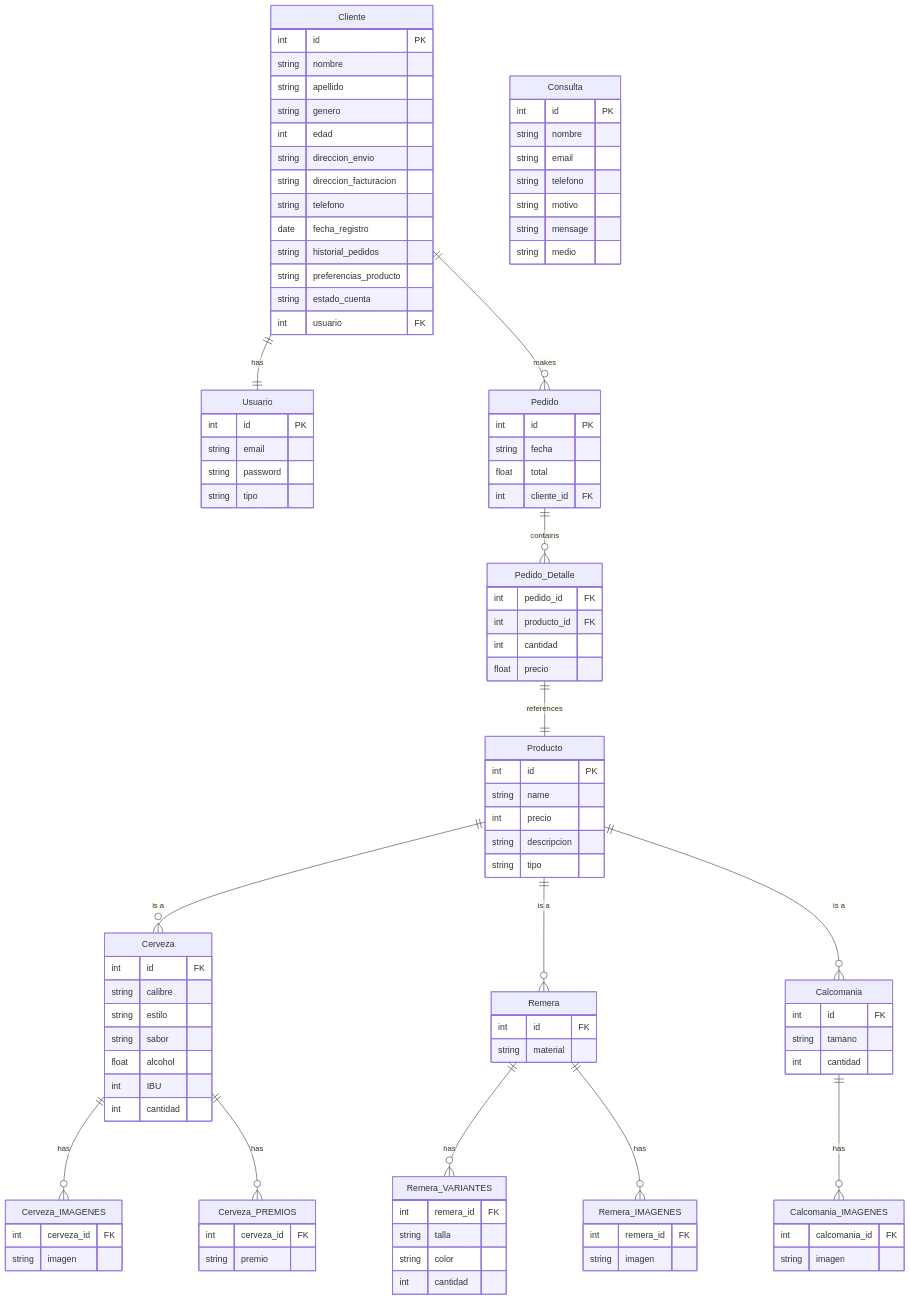
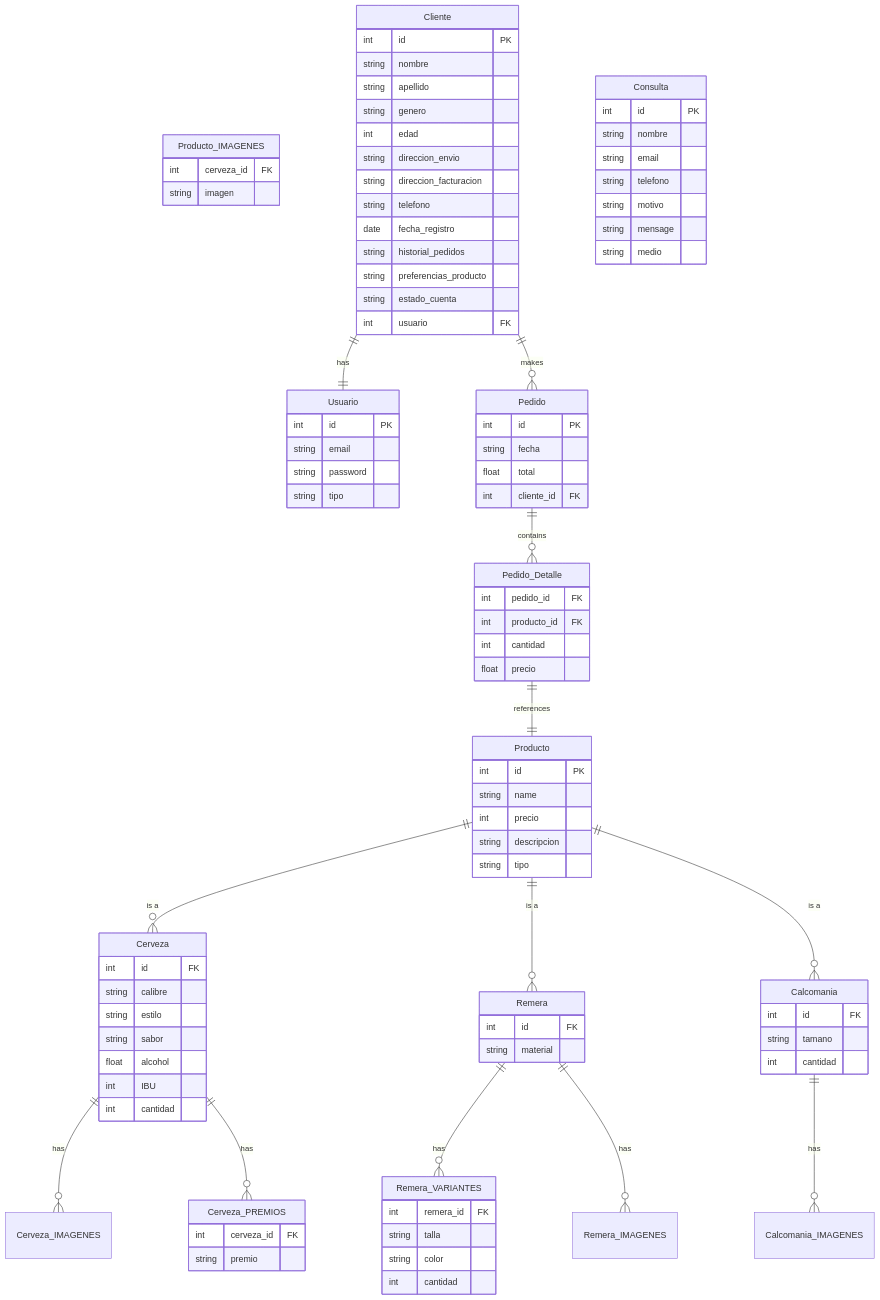
One commit to agustinyedro/cervezadackel changed the diagram in README.md. Above: the diagram before and after it, drawn with Mermaid. The commit also changed 22 other files, not shown here.

```diff
--- a/README.md
+++ b/README.md
@@ -52,7 +52,7 @@
         int cantidad
     }
 
-    Cerveza_IMAGENES {
+    Producto_IMAGENES {
         int cerveza_id FK
         string imagen
     }
@@ -74,10 +74,7 @@
         int cantidad
     }
 
-    Remera_IMAGENES {
-        int remera_id FK
-        string imagen
-    }
+
 
     Calcomania {
         int id FK
@@ -85,10 +82,7 @@
         int cantidad
     }
 
-    Calcomania_IMAGENES {
-        int calcomania_id FK
-        string imagen
-    }
+
 
    Cliente {
         int id PK
```
